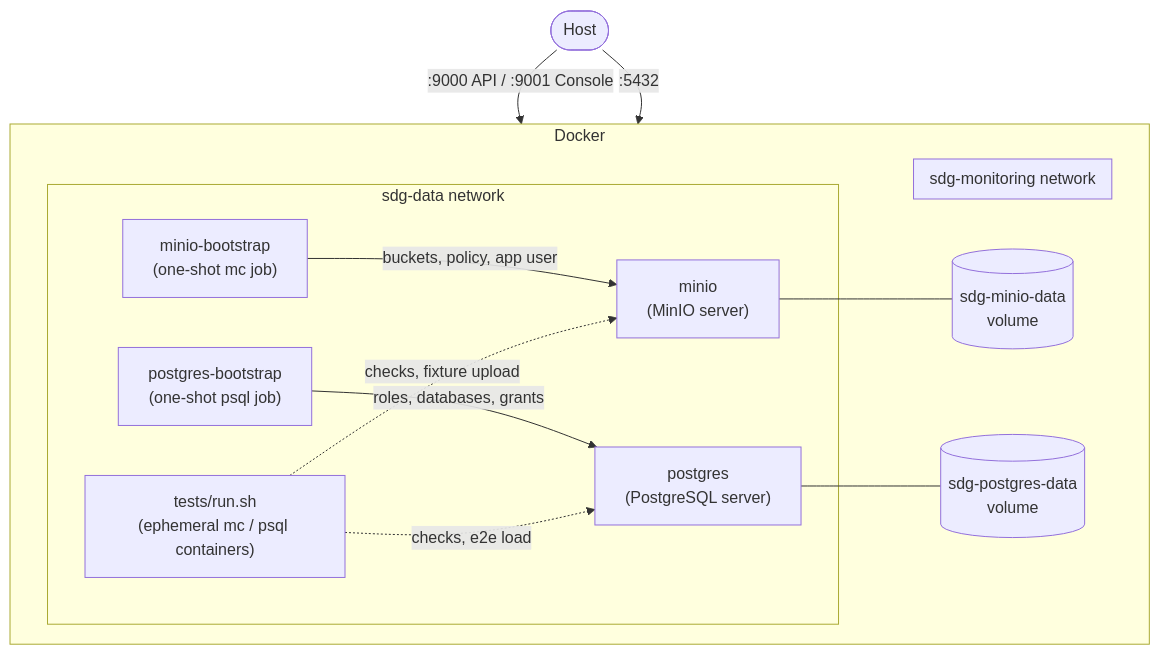
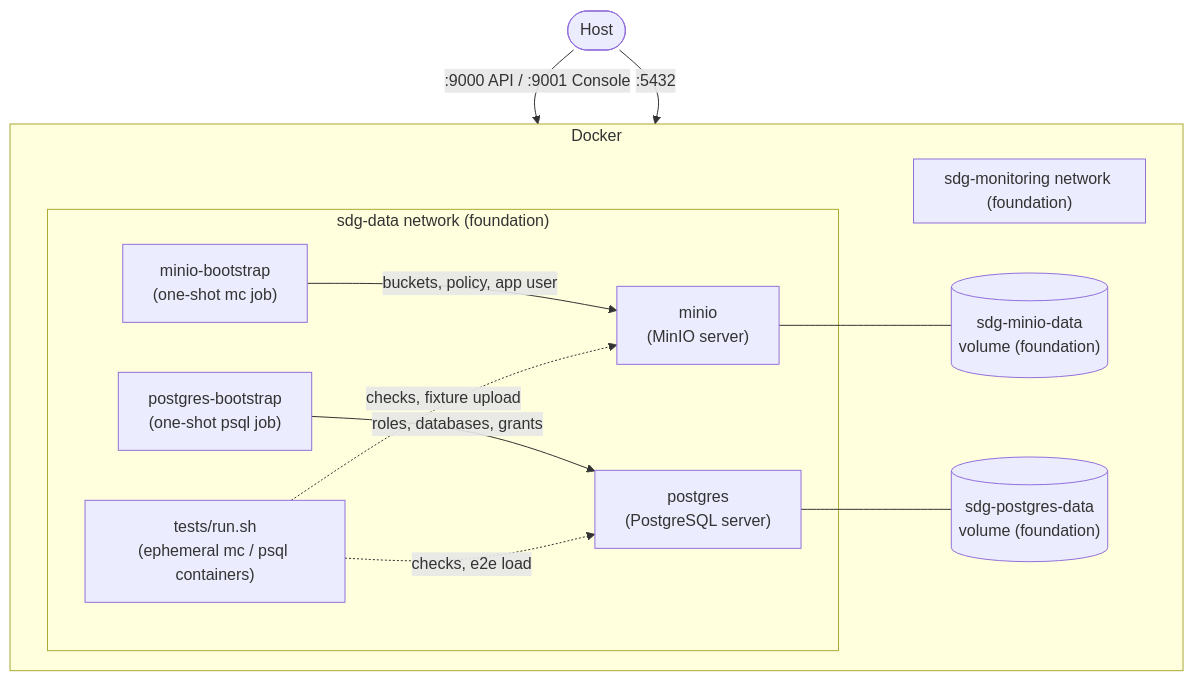
Before and after one commit to mellifluus/sdg-tech-challenge: the diagram in README.md, drawn with Mermaid. The commit also changed other lines of this file and 26 other files, not shown here.

````diff
--- a/README.md
+++ b/README.md
@@ -7,27 +7,27 @@
 ```mermaid
 flowchart TB
     subgraph docker["Docker"]
         direction LR
-        subgraph sdg-data["sdg-data network"]
+        subgraph sdg-data["sdg-data network (foundation)"]
             minio["minio<br/>(MinIO server)"]
             bootstrap["minio-bootstrap<br/>(one-shot mc job)"]
             postgres["postgres<br/>(PostgreSQL server)"]
             pg_bootstrap["postgres-bootstrap<br/>(one-shot psql job)"]
             tests["tests/run.sh<br/>(ephemeral mc / psql containers)"]
         end
-        subgraph sdg-monitoring["sdg-monitoring network"]
+        subgraph sdg-monitoring["sdg-monitoring network (foundation)"]
         end
-        minio_vol[("sdg-minio-data<br/>volume")]
-        pg_vol[("sdg-postgres-data<br/>volume")]
+        minio_vol[("sdg-minio-data<br/>volume (foundation)")]
+        pg_vol[("sdg-postgres-data<br/>volume (foundation)")]
     end
     host(["Host"])
 
     host -- ":9000 API / :9001 Console" --> minio
     bootstrap -- "buckets, policy, app user" --> minio
     minio --- minio_vol
     host -- ":5432" --> postgres
     pg_bootstrap -- "roles, databases, grants" --> postgres
     postgres --- pg_vol
     tests -. "checks, fixture upload" .-> minio
     tests -. "checks, e2e load" .-> postgres
 ```
````
